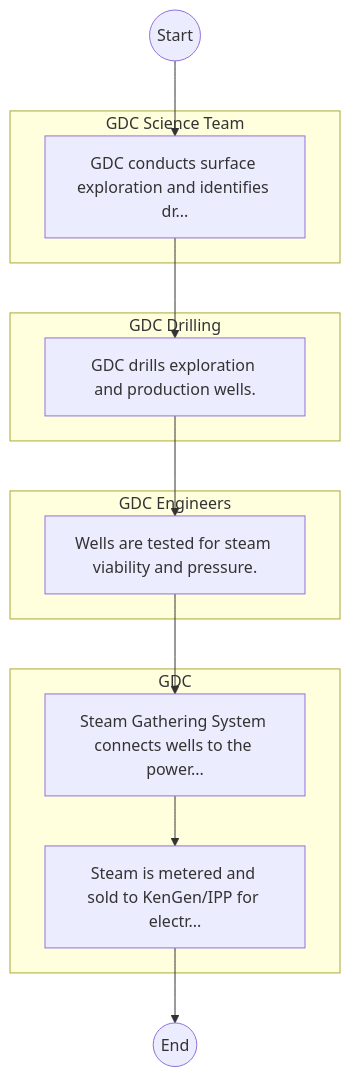
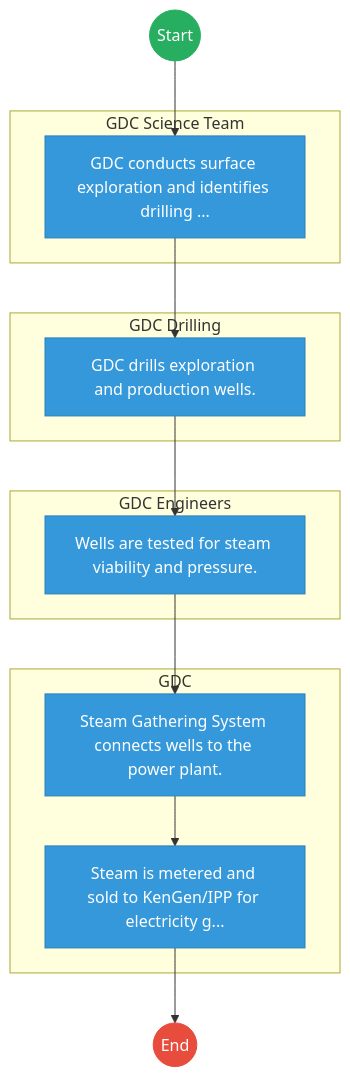
One commit to BITZ-IT-Consulting-LTD/ictapoc changed the first of 2 diagrams in mdas/docs_final/Geothermal_Development_Company_GDC____Service_Delivery.md. Above: the diagram before and after it, drawn with Mermaid. The commit also changed other lines of this file and 461 other files, not shown here.

````diff
--- a/mdas/docs_final/Geothermal_Development_Company_GDC____Service_Delivery.md
+++ b/mdas/docs_final/Geothermal_Development_Company_GDC____Service_Delivery.md
@@ -20,22 +20,35 @@
 ```mermaid
 graph TD
     Start((Start)) --> S1
-    subgraph GDCScienceTeam [GDC Science Team]
-        S1["GDC conducts surface exploration and identifies dr..."]
+
+    subgraph GDC_Science_Team [GDC Science Team]
+        S1["GDC conducts surface exploration and identifies drilling ..."]
     end
-    subgraph GDCDrilling [GDC Drilling]
+
+    subgraph GDC_Drilling [GDC Drilling]
         S2["GDC drills exploration and production wells."]
     end
-    subgraph GDCEngineers [GDC Engineers]
+
+    subgraph GDC_Engineers [GDC Engineers]
         S3["Wells are tested for steam viability and pressure."]
     end
+
     subgraph GDC [GDC]
-        S4["Steam Gathering System connects wells to the power..."]
-        S5["Steam is metered and sold to KenGen/IPP for electr..."]
+        S4["Steam Gathering System connects wells to the power plant."]
+        S5["Steam is metered and sold to KenGen/IPP for electricity g..."]
     end
     S1 --> S2
     S2 --> S3
     S3 --> S4
     S4 --> S5
     S5 --> End((End))
+
+    classDef start fill:#27ae60,stroke:#27ae60,color:#fff;
+    classDef endNode fill:#e74c3c,stroke:#e74c3c,color:#fff;
+    classDef userTask fill:#3498db,stroke:#2980b9,color:#fff;
+    classDef serviceTask fill:#9b59b6,stroke:#8e44ad,color:#fff;
+
+    class Start start;
+    class End endNode;
+    class S1,S2,S3,S4,S5 userTask;
 ```
````
